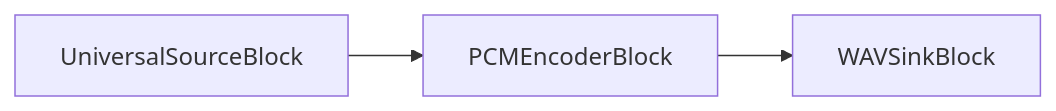
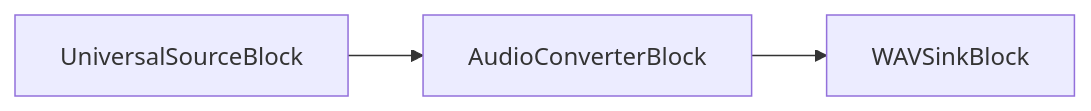
One commit to visioforge/help changed diagram 11 of 30 in dotnet/mediablocks/Sinks/index.es.md. Above: the diagram before and after it, drawn with Mermaid. The commit also changed other lines of this file and 222 other files, not shown here.

````diff
--- a/dotnet/mediablocks/Sinks/index.es.md
+++ b/dotnet/mediablocks/Sinks/index.es.md
@@ -740,5 +740,5 @@
 ```mermaid
 graph LR;
-    UniversalSourceBlock-->PCMEncoderBlock;
-    PCMEncoderBlock-->WAVSinkBlock;
+    UniversalSourceBlock-->AudioConverterBlock;
+    AudioConverterBlock-->WAVSinkBlock;
 ```
````
